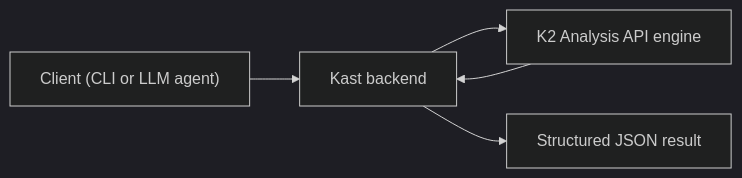
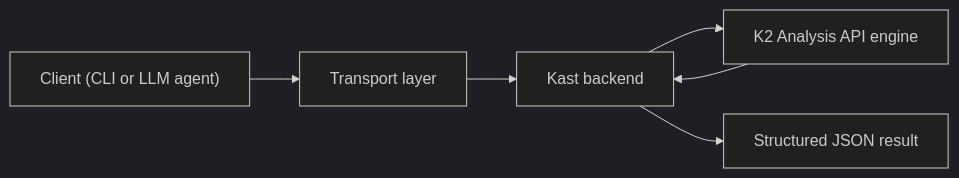
The diagram in docs/how-it-works.md (amichne/kast), drawn with Mermaid (dark theme) before and after one commit. The commit also changed other lines of this file and 9 other files, not shown here.

````diff
--- a/docs/how-it-works.md
+++ b/docs/how-it-works.md
@@ -20,7 +22,8 @@
 ```mermaid
 flowchart LR
-    Client["Client (CLI or LLM agent)"] --> Backend["Kast backend"]
+    Client["Client (CLI or LLM agent)"] --> Transport["Transport layer"]
+    Transport --> Backend["Kast backend"]
     Backend --> K2["K2 Analysis API engine"]
     K2 --> Backend
     Backend --> JSON["Structured JSON result"]
 ```
````
